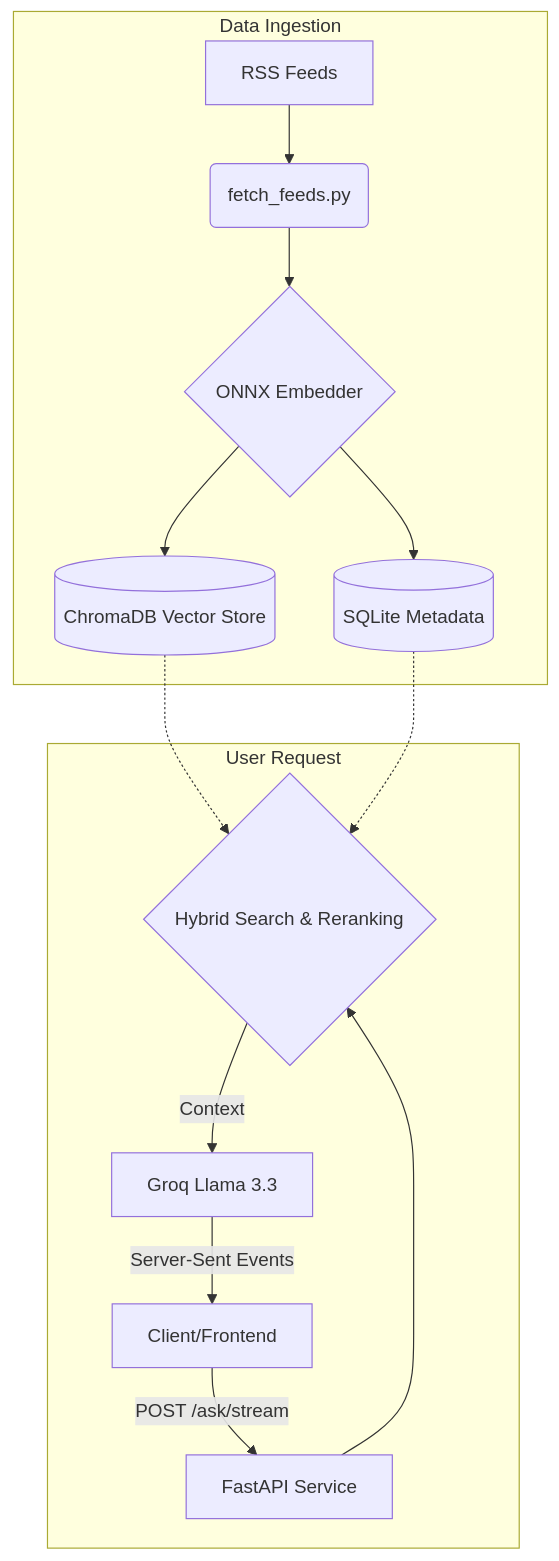
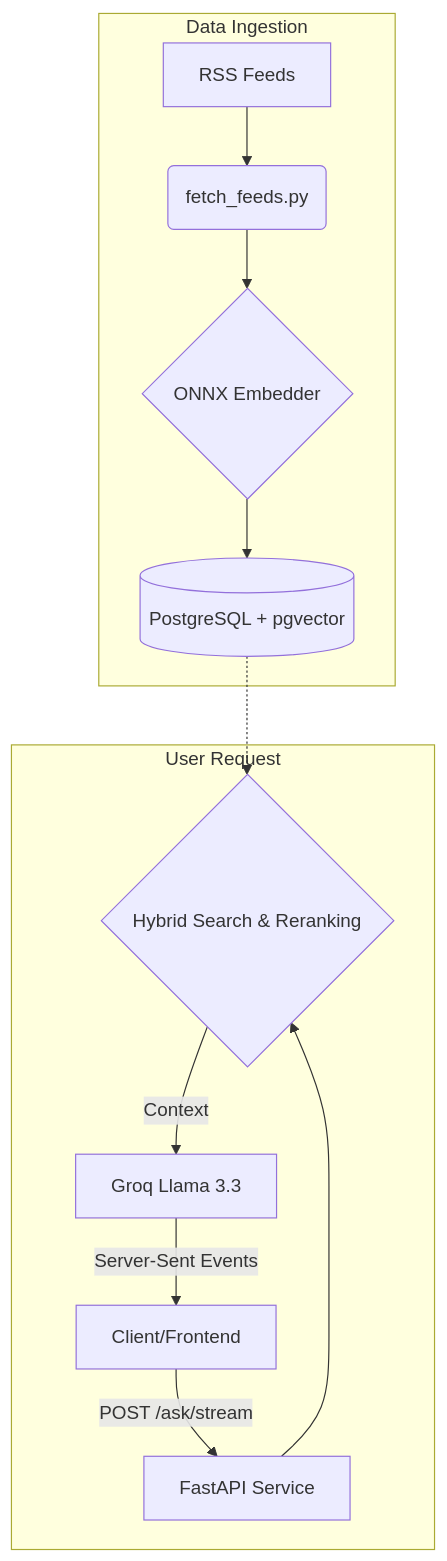
The diagram in README.md (ima-d-ice/devsec-brief), drawn with Mermaid before and after one commit. The commit also changed other lines of this file and 10 other files, not shown here.

Commit message:
chore: migrate from ChromaDB + SQLite to PostgreSQL + pgvector

````diff
--- a/README.md
+++ b/README.md
@@ -26,18 +26,16 @@
 ```mermaid
 graph TD;
     subgraph Data Ingestion
         A[RSS Feeds] --> B(fetch_feeds.py);
         B --> C{ONNX Embedder};
-        C --> D[(ChromaDB Vector Store)];
-        C --> E[(SQLite Metadata)];
+        C --> D[(PostgreSQL + pgvector)];
     end
 
     subgraph User Request
         F[Client/Frontend] -- POST /ask/stream --> G[FastAPI Service];
         G --> H{Hybrid Search & Reranking};
         D -.-> H;
-        E -.-> H;
         H -- Context --> I[Groq Llama 3.3];
         I -- Server-Sent Events --> F;
     end
 ```
````
